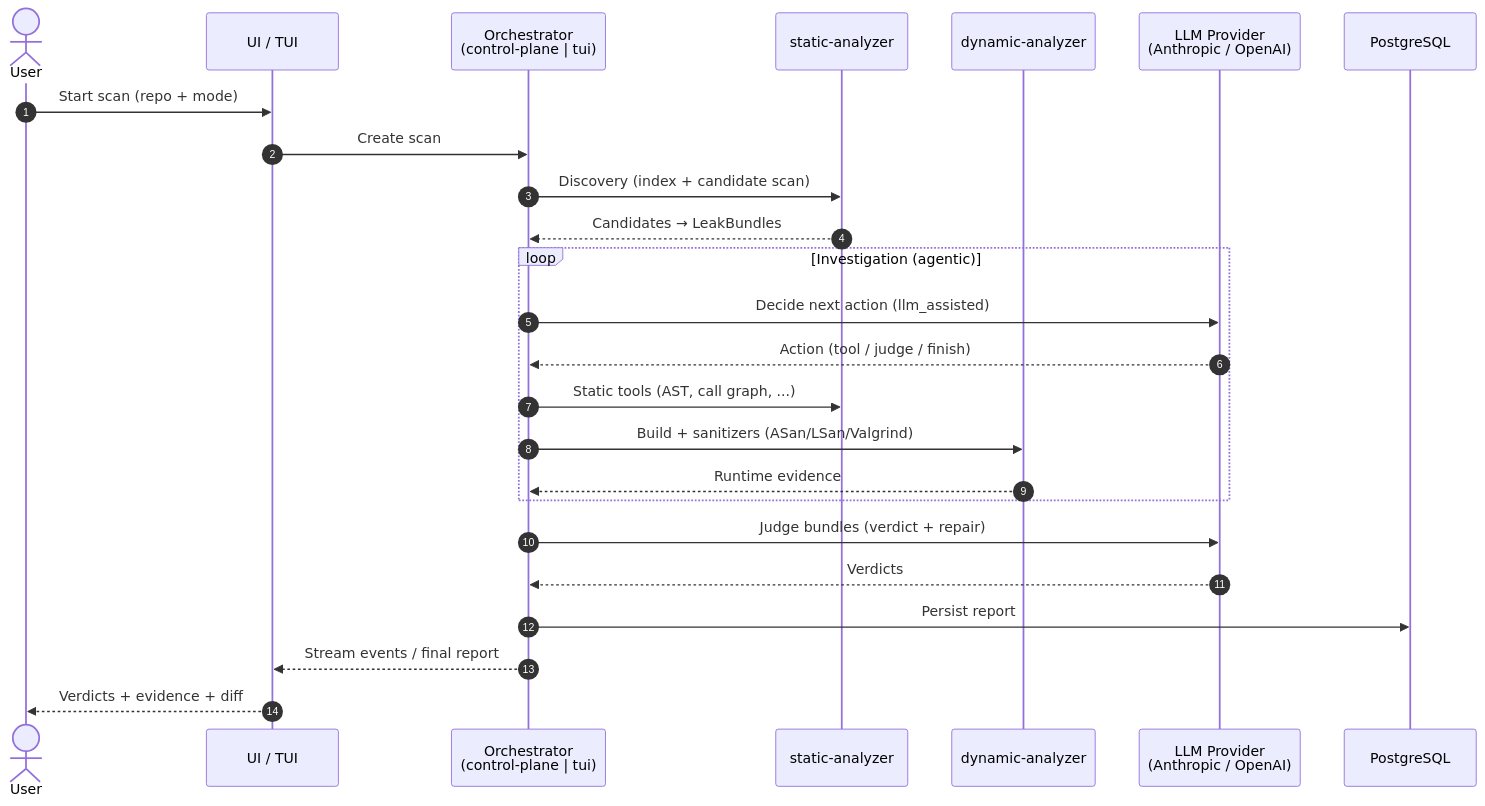
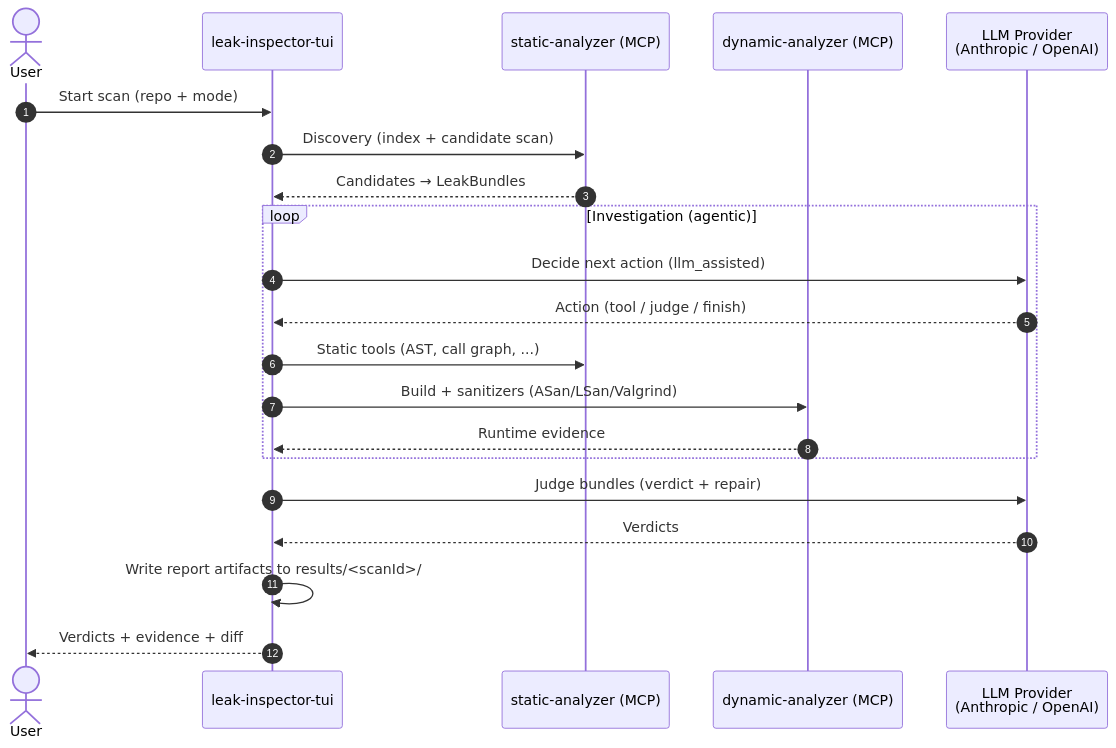
One commit to ledunguit/cleak changed the first of 2 diagrams in docs/sequence-diagrams.md. Above: the diagram before and after it, drawn with Mermaid. The commit also changed other lines of this file and 9 other files, not shown here.

First line of the commit message:
docs: remove the web path from all architecture/runbook docs (TUI-only)

````diff
--- a/docs/sequence-diagrams.md
+++ b/docs/sequence-diagrams.md
@@ -14,30 +13,26 @@
 ```mermaid
 sequenceDiagram
     autonumber
     actor User
-    participant Client as UI / TUI
-    participant Orch as Orchestrator<br/>(control-plane | tui)
-    participant Static as static-analyzer
-    participant Dynamic as dynamic-analyzer
+    participant TUI as leak-inspector-tui
+    participant Static as static-analyzer (MCP)
+    participant Dynamic as dynamic-analyzer (MCP)
     participant LLM as LLM Provider<br/>(Anthropic / OpenAI)
-    participant DB as PostgreSQL
 
-    User->>Client: Start scan (repo + mode)
-    Client->>Orch: Create scan
-    Orch->>Static: Discovery (index + candidate scan)
-    Static-->>Orch: Candidates → LeakBundles
+    User->>TUI: Start scan (repo + mode)
+    TUI->>Static: Discovery (index + candidate scan)
+    Static-->>TUI: Candidates → LeakBundles
 
     loop Investigation (agentic)
-        Orch->>LLM: Decide next action (llm_assisted)
-        LLM-->>Orch: Action (tool / judge / finish)
-        Orch->>Static: Static tools (AST, call graph, ...)
-        Orch->>Dynamic: Build + sanitizers (ASan/LSan/Valgrind)
-        Dynamic-->>Orch: Runtime evidence
+        TUI->>LLM: Decide next action (llm_assisted)
+        LLM-->>TUI: Action (tool / judge / finish)
+        TUI->>Static: Static tools (AST, call graph, ...)
+        TUI->>Dynamic: Build + sanitizers (ASan/LSan/Valgrind)
+        Dynamic-->>TUI: Runtime evidence
     end
 
-    Orch->>LLM: Judge bundles (verdict + repair)
-    LLM-->>Orch: Verdicts
-    Orch->>DB: Persist report
-    Orch-->>Client: Stream events / final report
-    Client-->>User: Verdicts + evidence + diff
+    TUI->>LLM: Judge bundles (verdict + repair)
+    LLM-->>TUI: Verdicts
+    TUI->>TUI: Write report artifacts to results/<scanId>/
+    TUI-->>User: Verdicts + evidence + diff
 ```
````
